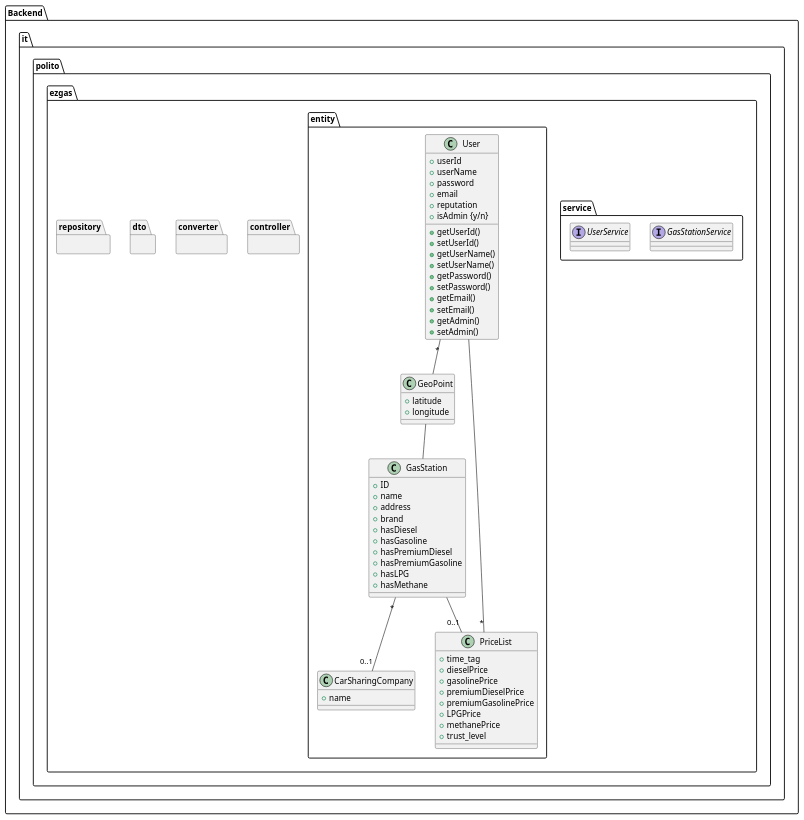
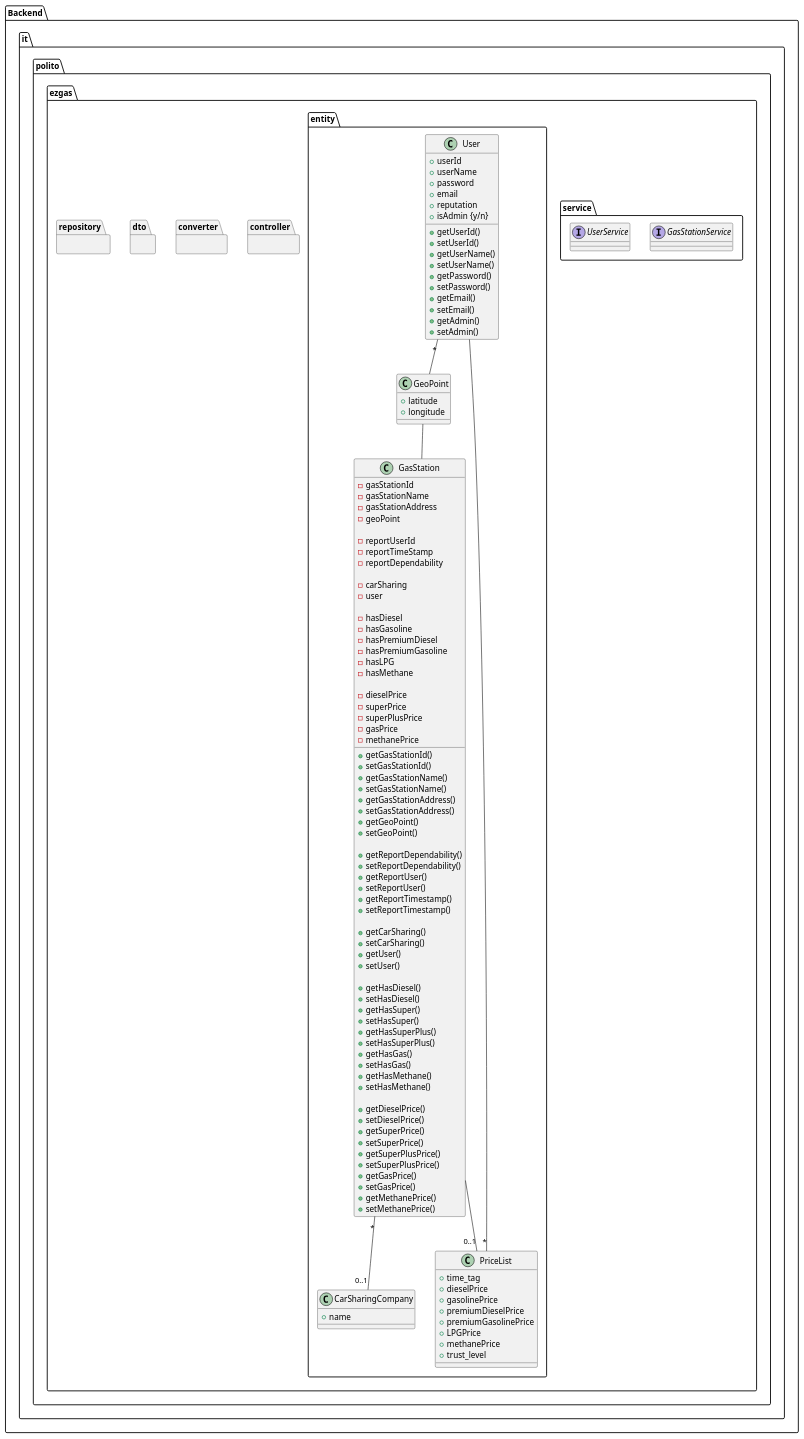
Before and after one commit to e-caste/SoftEng-EZGas: the fourth of 4 diagrams in docs/DesignDocument.md, drawn with PlantUML.

Commit message:
edit GasStation class

```diff
--- a/docs/DesignDocument.md
+++ b/docs/DesignDocument.md
@@ -263,16 +263,73 @@
         }
         
         class GasStation {
-         + ID
-         + name
-         + address
-         + brand
-         + hasDiesel
-         + hasGasoline
-         + hasPremiumDiesel
-         + hasPremiumGasoline
-         + hasLPG
-         + hasMethane
+         - gasStationId
+         - gasStationName
+         - gasStationAddress
+         - geoPoint
+
+         - reportUserId
+         - reportTimeStamp
+         - reportDependability
+
+         - carSharing
+         - user
+
+         - hasDiesel
+         - hasGasoline
+         - hasPremiumDiesel
+         - hasPremiumGasoline
+         - hasLPG
+         - hasMethane
+
+         - dieselPrice
+         - superPrice
+         - superPlusPrice
+         - gasPrice
+         - methanePrice
+         
+            + getGasStationId()
+            + setGasStationId()
+            + getGasStationName()
+            + setGasStationName()
+            + getGasStationAddress()
+            + setGasStationAddress()
+            + getGeoPoint()
+            + setGeoPoint()
+
+            + getReportDependability()
+            + setReportDependability()
+            + getReportUser()
+            + setReportUser()
+            + getReportTimestamp()
+            + setReportTimestamp()
+
+            + getCarSharing()
+            + setCarSharing()
+            + getUser()
+            + setUser()
+
+            + getHasDiesel()
+            + setHasDiesel()
+            + getHasSuper()
+            + setHasSuper()
+            + getHasSuperPlus()
+            + setHasSuperPlus()
+            + getHasGas()
+            + setHasGas()
+            + getHasMethane()
+            + setHasMethane()
+
+            + getDieselPrice()
+            + setDieselPrice()
+            + getSuperPrice()
+            + setSuperPrice()
+            + getSuperPlusPrice()
+            + setSuperPlusPrice()
+            + getGasPrice()
+            + setGasPrice()
+            + getMethanePrice()
+            + setMethanePrice()
         }
         
         class GeoPoint {
```
